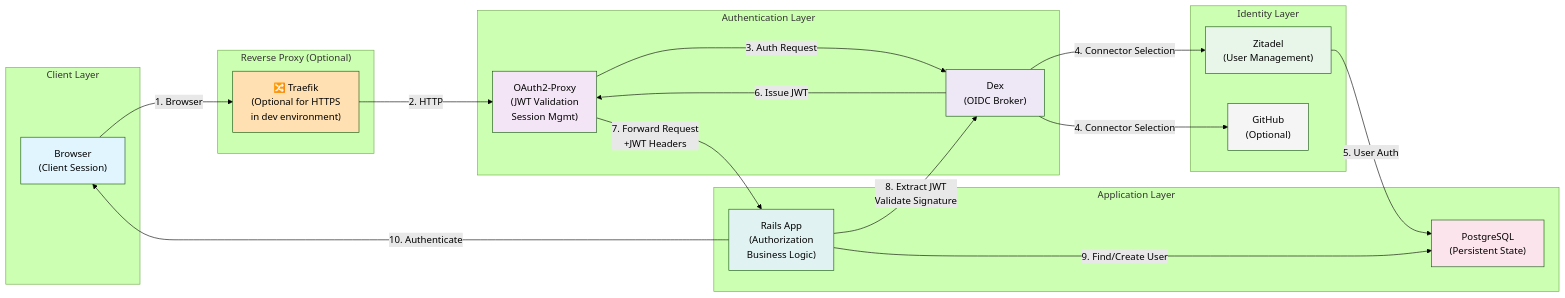
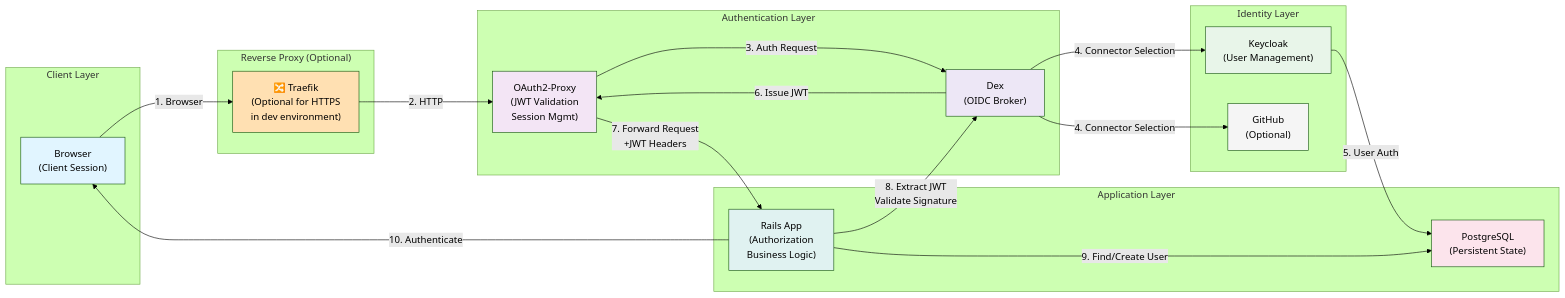
Before and after one commit to greenriver/hmis-warehouse: the sixth of 8 diagrams in docs/architecture/authentication-diagrams.md, drawn with Mermaid (forest theme). The commit also changed other lines of this file and 7 other files, not shown here.

````diff
--- a/docs/architecture/authentication-diagrams.md
+++ b/docs/architecture/authentication-diagrams.md
@@ -220,46 +220,46 @@
 ```mermaid
 graph LR
     subgraph "Client Layer"
         A["Browser<br/>(Client Session)"]
     end
 
     subgraph "Reverse Proxy (Optional)"
         Optional["🔀 Traefik<br/>(Optional for HTTPS<br/>in dev environment)"]
     end
 
     subgraph "Authentication Layer"
         B["OAuth2-Proxy<br/>(JWT Validation<br/>Session Mgmt)"]
         C["Dex<br/>(OIDC Broker)"]
     end
 
     subgraph "Identity Layer"
-        D["Zitadel<br/>(User Management)"]
+        D["Keycloak<br/>(User Management)"]
         E["GitHub<br/>(Optional)"]
     end
 
     subgraph "Application Layer"
         F["Rails App<br/>(Authorization<br/>Business Logic)"]
         G["PostgreSQL<br/>(Persistent State)"]
     end
 
     A -->|1. Browser| Optional
     Optional -->|2. HTTP| B
     B -->|3. Auth Request| C
     C -->|4. Connector Selection| D
     C -->|4. Connector Selection| E
     D -->|5. User Auth| G
     C -->|6. Issue JWT| B
     B -->|7. Forward Request<br/>+JWT Headers| F
     F -->|8. Extract JWT<br/>Validate Signature| C
     F -->|9. Find/Create User| G
     F -->|10. Authenticate| A
 
     style A fill:#e1f5ff
     style Optional fill:#ffe0b2
     style B fill:#f3e5f5
     style C fill:#ede7f6
     style D fill:#e8f5e9
     style E fill:#f5f5f5
     style F fill:#e0f2f1
     style G fill:#fce4ec
 ```
````
